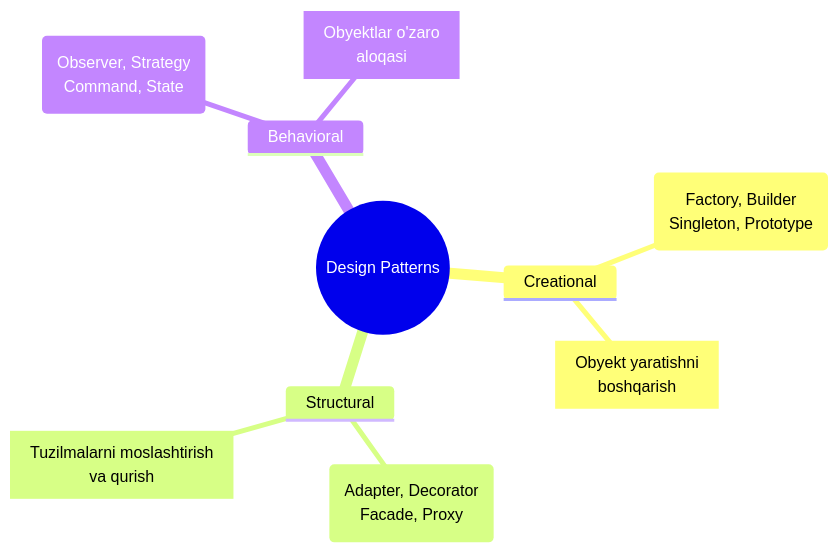
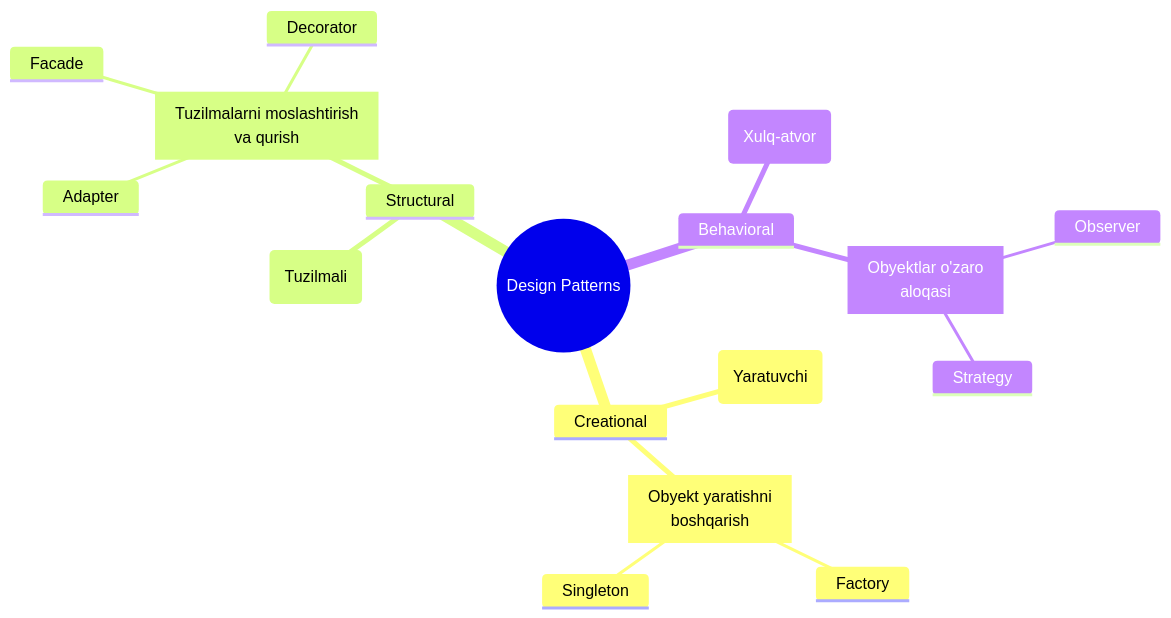
Before and after one commit to nusretoglu/senior-frontend-roadmap: the diagram in docs/15-architecture/06-design-patterns.md, drawn with Mermaid. The commit also changed other lines of this file and 143 other files, not shown here.

````diff
--- a/docs/15-architecture/06-design-patterns.md
+++ b/docs/15-architecture/06-design-patterns.md
@@ -23,16 +17,23 @@
 ```mermaid
 mindmap
   root((Design Patterns))
     Creational
+      (Yaratuvchi)
+      [Obyekt yaratishni<br/>boshqarish]
       ::icon(fa fa-plus-circle)
-      (Factory, Builder<br/>Singleton, Prototype)
-      [Obyekt yaratishni<br/>boshqarish]
+        Factory
+        Singleton
     Structural
+      (Tuzilmali)
+      [Tuzilmalarni moslashtirish<br/>va qurish]
       ::icon(fa fa-sitemap)
-      (Adapter, Decorator<br/>Facade, Proxy)
-      [Tuzilmalarni moslashtirish<br/>va qurish]
+        Adapter
+        Facade
+        Decorator
     Behavioral
+      (Xulq-atvor)
+      [Obyektlar o'zaro<br/>aloqasi]
       ::icon(fa fa-cogs)
-      (Observer, Strategy<br/>Command, State)
-      [Obyektlar o'zaro<br/>aloqasi]
+        Observer
+        Strategy
 ```
````
